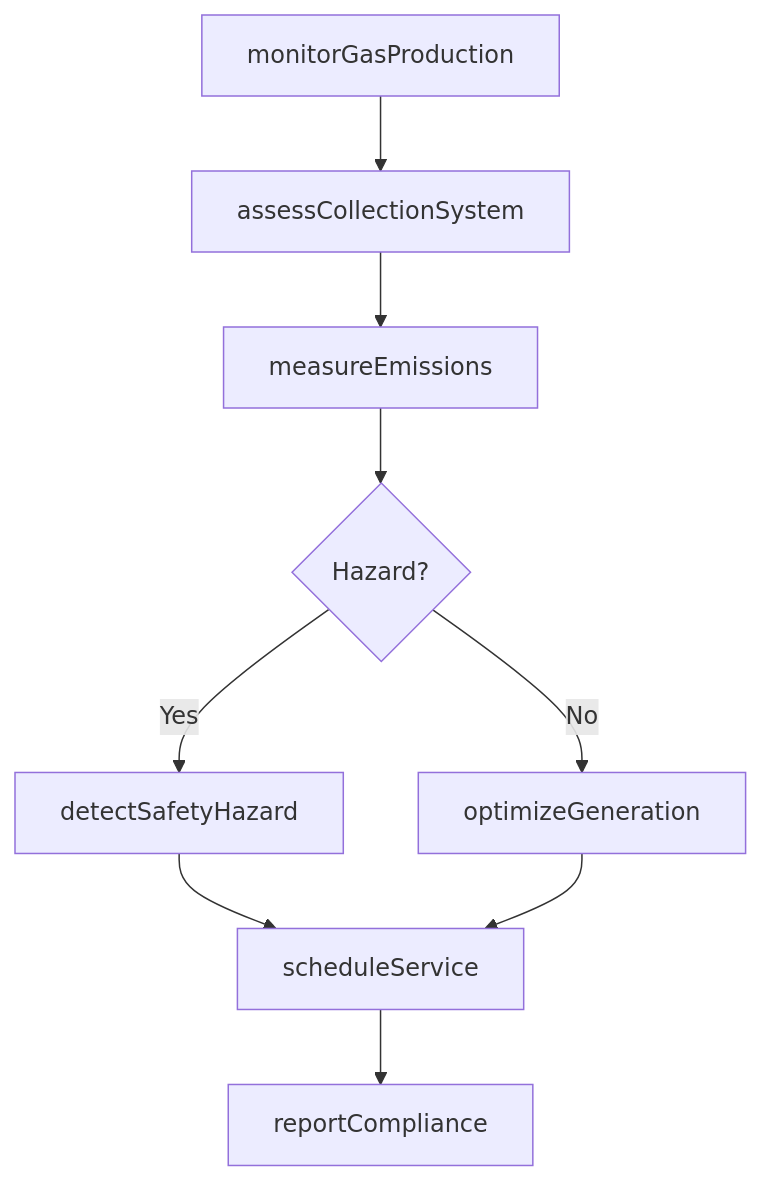
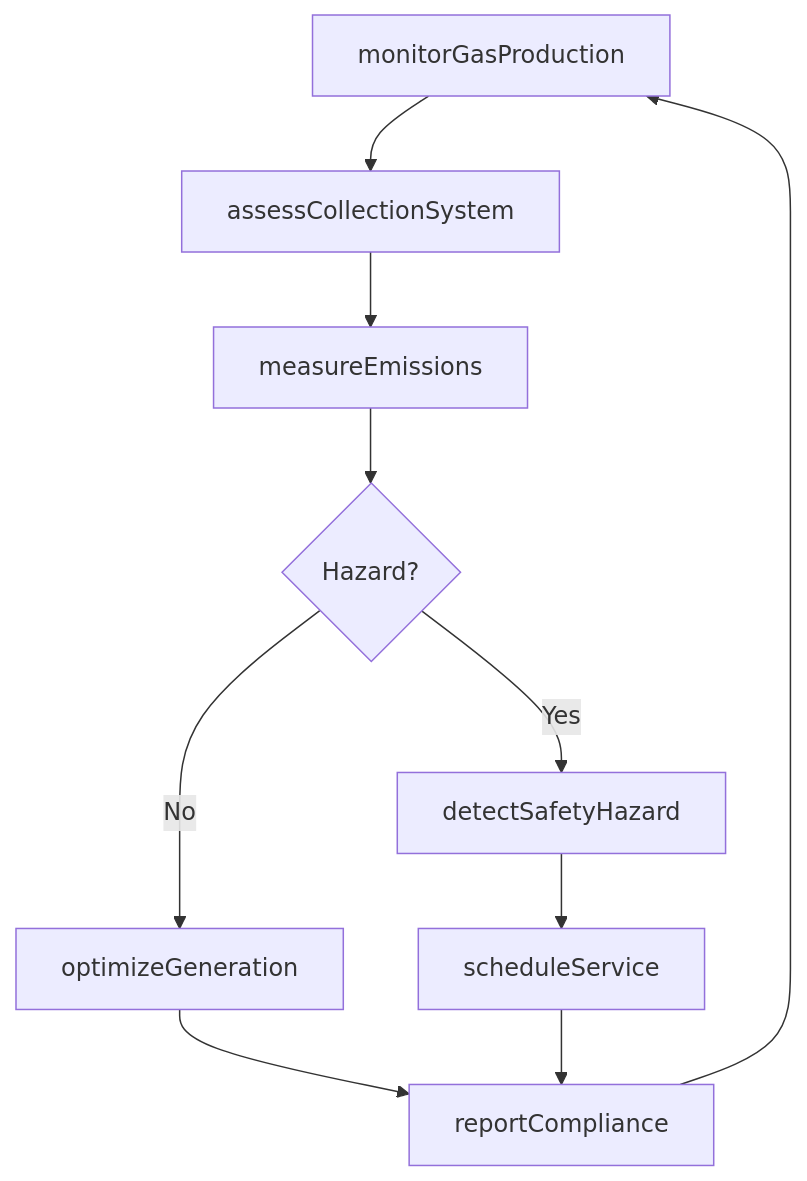
Before and after one commit to dot-org-ai/tasks.org.ai: the third of 4 diagrams in MonitoringProcessesMaterialsOrSurroundings/MonitorOperationsToEnsureAdequatePerformance/MonitorConditionsEnergy-producingLandfills.mdx, drawn with Mermaid. The commit also changed other lines of this file and 266 other files, not shown here.

First line of the commit message:
feat: Add ER diagrams, state diagrams to wave 2 batch (251 DWA files)

````diff
--- a/MonitoringProcessesMaterialsOrSurroundings/MonitorOperationsToEnsureAdequatePerformance/MonitorConditionsEnergy-producingLandfills.mdx
+++ b/MonitoringProcessesMaterialsOrSurroundings/MonitorOperationsToEnsureAdequatePerformance/MonitorConditionsEnergy-producingLandfills.mdx
@@ -87,11 +117,12 @@
 ```mermaid
 graph TD
     A[monitorGasProduction] --> B[assessCollectionSystem]
     B --> C[measureEmissions]
     C --> D{Hazard?}
     D -->|Yes| E[detectSafetyHazard]
     D -->|No| F[optimizeGeneration]
     E --> G[scheduleService]
-    F --> G
-    G --> H[reportCompliance]
+    F --> H[reportCompliance]
+    G --> H
+    H --> A
 ```
````
